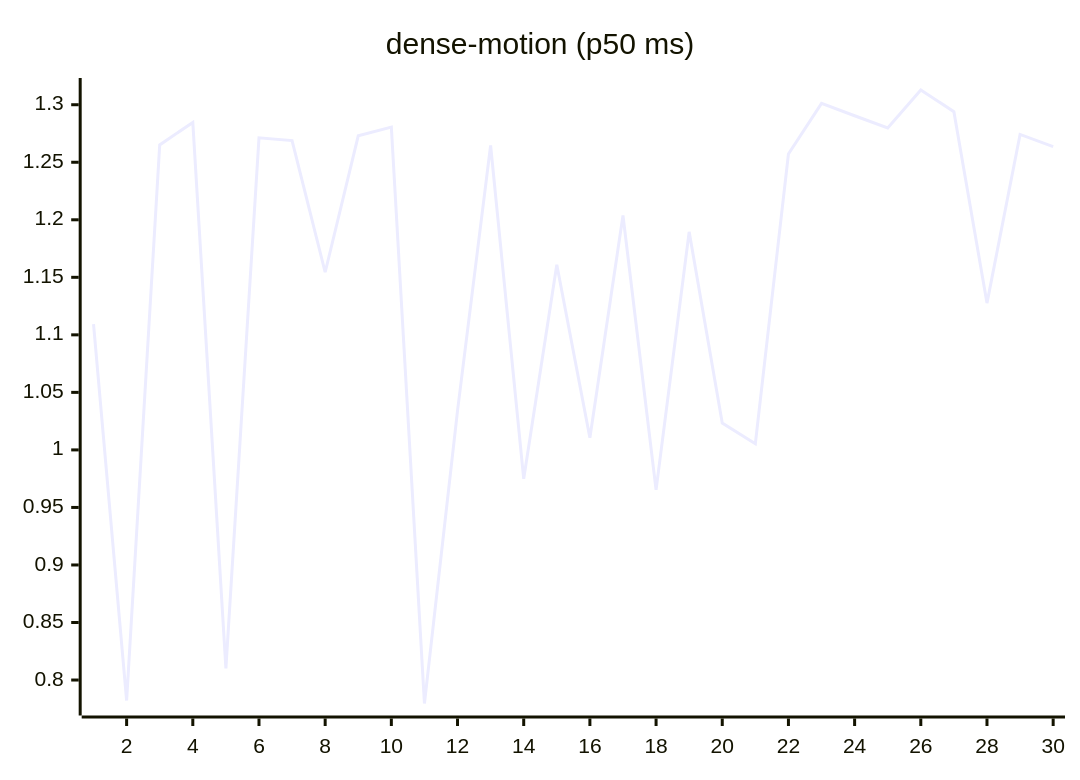
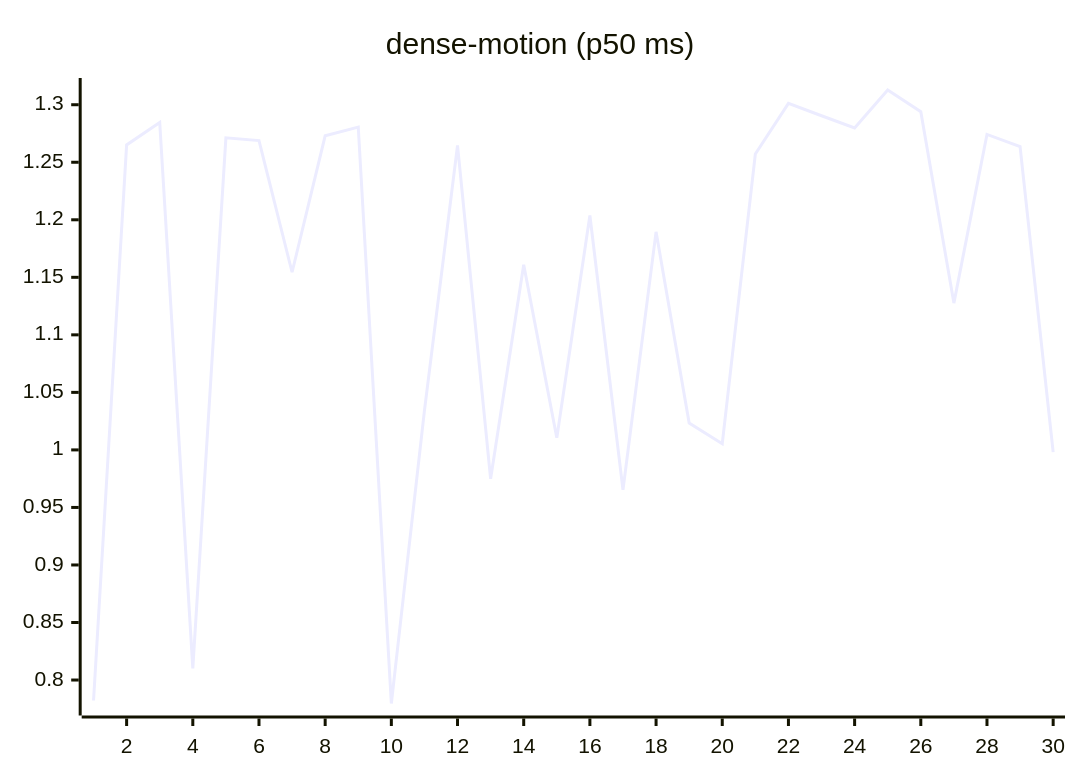
The ninth of 27 diagrams in README.md (josha/Facet), drawn with Mermaid before and after one commit. The commit also changed other lines of this file and 2 other files, not shown here.

````diff
--- a/README.md
+++ b/README.md
@@ -119,6 +119,6 @@
 ```mermaid
 xychart-beta
     title "dense-motion (p50 ms)"
     x-axis 1 --> 30
-    line [1.1093, 0.7822, 1.2651, 1.2846, 0.8102, 1.2712, 1.2688, 1.1544, 1.2730, 1.2805, 0.7796, 1.0341, 1.2646, 0.9749, 1.1610, 1.0105, 1.2037, 0.9653, 1.1895, 1.0233, 1.0054, 1.2572, 1.3012, 1.2904, 1.2798, 1.3128, 1.2940, 1.1276, 1.2742, 1.2636]
+    line [0.7822, 1.2651, 1.2846, 0.8102, 1.2712, 1.2688, 1.1544, 1.2730, 1.2805, 0.7796, 1.0341, 1.2646, 0.9749, 1.1610, 1.0105, 1.2037, 0.9653, 1.1895, 1.0233, 1.0054, 1.2572, 1.3012, 1.2904, 1.2798, 1.3128, 1.2940, 1.1276, 1.2742, 1.2636, 0.9981]
 ```
````
